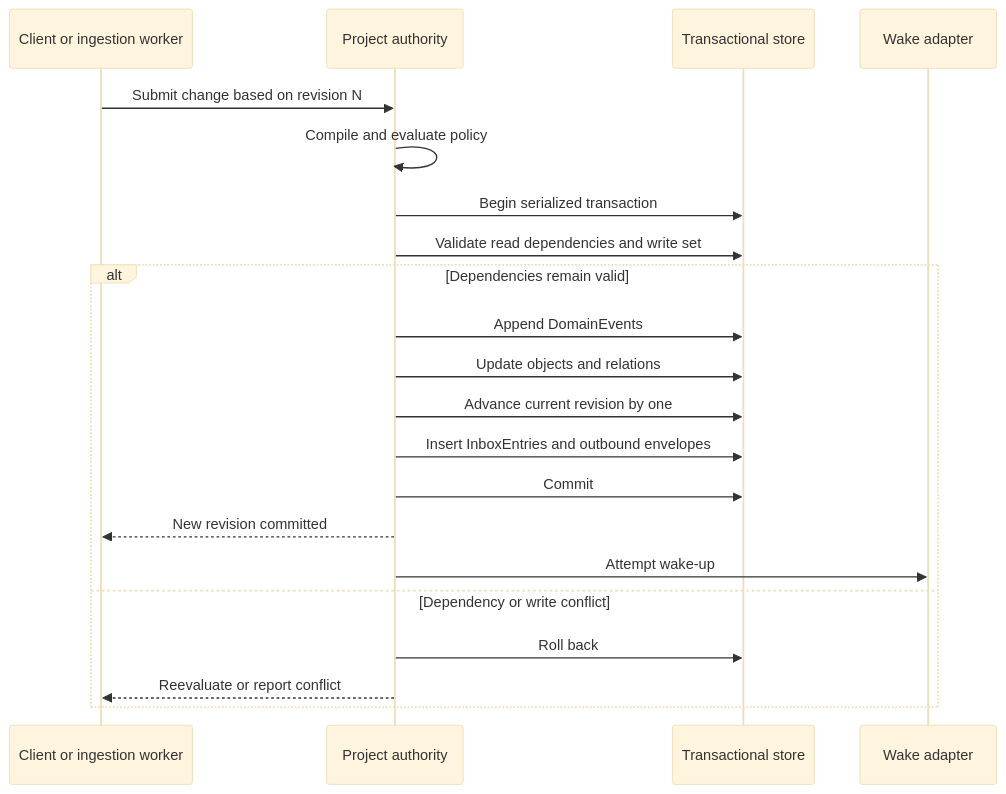
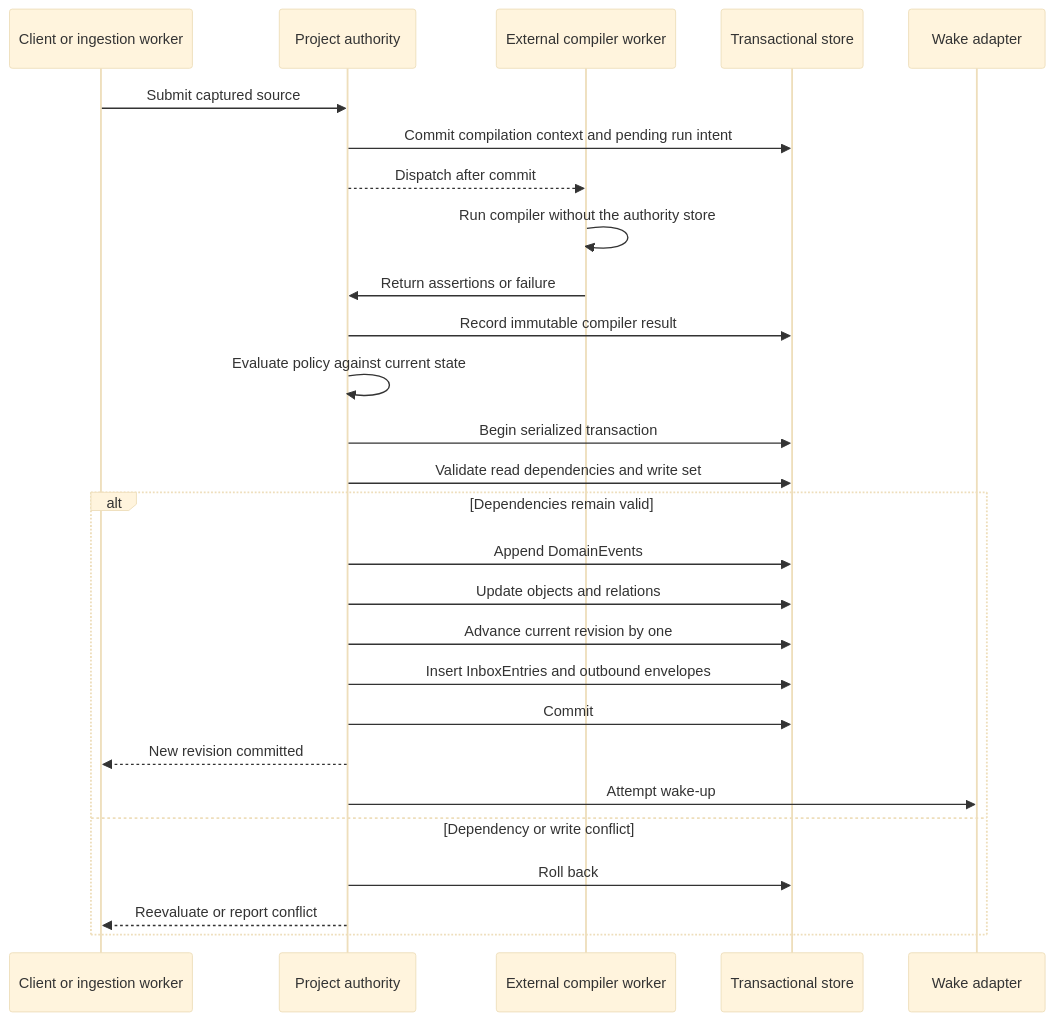
The third of 5 diagrams in docs/architecture.md (infagent/merl), drawn with Mermaid (base theme) before and after one commit. The commit also changed other lines of this file and 1 other file, not shown here.

Commit message:
docs: describe compiler process and authority handoff

````diff
--- a/docs/architecture.md
+++ b/docs/architecture.md
@@ -688,24 +688,30 @@
 ```mermaid
 sequenceDiagram
     participant C as Client or ingestion worker
     participant A as Project authority
+    participant X as External compiler worker
     participant DB as Transactional store
     participant W as Wake adapter
 
-    C->>A: Submit change based on revision N
-    A->>A: Compile and evaluate policy
+    C->>A: Submit captured source
+    A->>DB: Commit compilation context and pending run intent
+    A-->>X: Dispatch after commit
+    X->>X: Run compiler without the authority store
+    X->>A: Return assertions or failure
+    A->>DB: Record immutable compiler result
+    A->>A: Evaluate policy against current state
     A->>DB: Begin serialized transaction
     A->>DB: Validate read dependencies and write set
     alt Dependencies remain valid
         A->>DB: Append DomainEvents
         A->>DB: Update objects and relations
         A->>DB: Advance current revision by one
         A->>DB: Insert InboxEntries and outbound envelopes
         A->>DB: Commit
         A-->>C: New revision committed
         A->>W: Attempt wake-up
     else Dependency or write conflict
         A->>DB: Roll back
         A-->>C: Reevaluate or report conflict
     end
 ```
````
